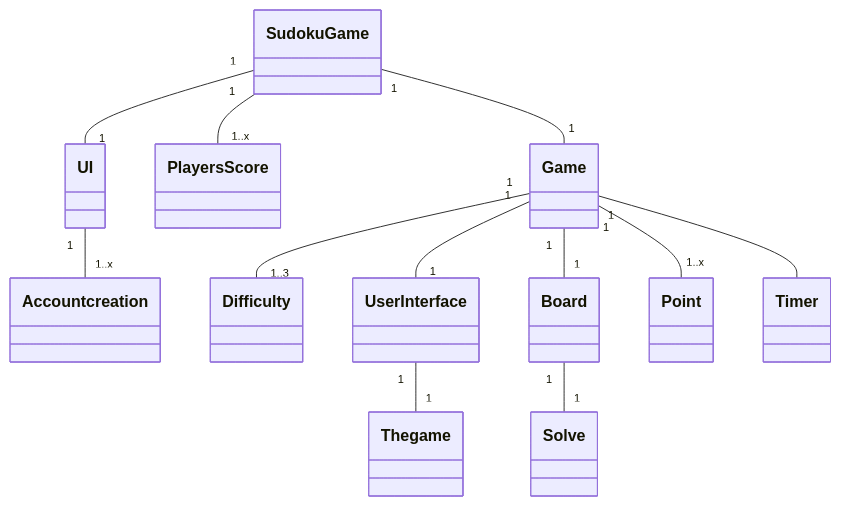
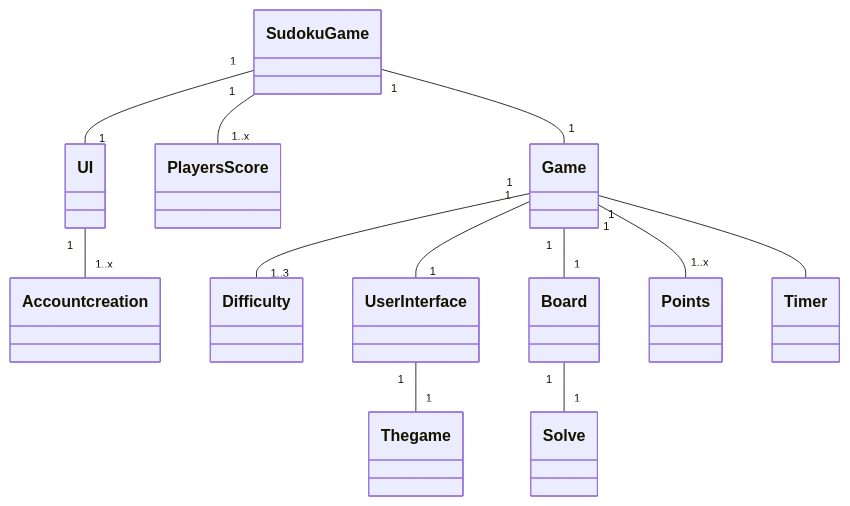
The diagram in Dokumentaatio/arkkitehtuuri.md (tammekasra/ot-harjoitustyo2024), drawn with Mermaid before and after one commit.

````diff
--- a/Dokumentaatio/arkkitehtuuri.md
+++ b/Dokumentaatio/arkkitehtuuri.md
@@ -1,15 +1,15 @@
 ```mermaid
  classDiagram
     SudokuGame "1" -- "1" UI
     UI "1" -- "1..x" Account creation
     SudokuGame "1" -- "1..x" Players Score
     SudokuGame "1" -- "1" Game
     Game "1" -- "1..3" Difficulty
     Game "1" -- "1" User Interface
     User Interface "1" -- "1" The game
     Game "1" -- "1" Board
     Board "1" -- "1" Solve
-    Game "1" -- "1..x" Point
+    Game "1" -- "1..x" Points
     Game "1" -- Timer
     
 ```
````
